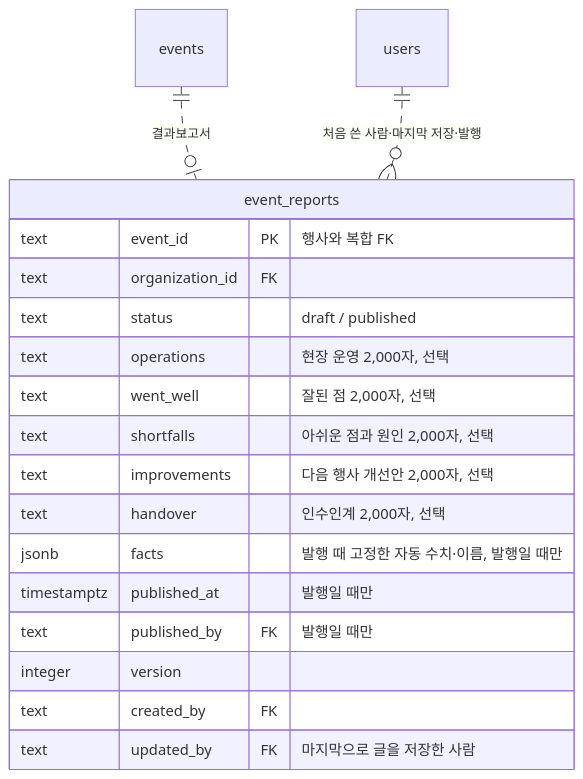
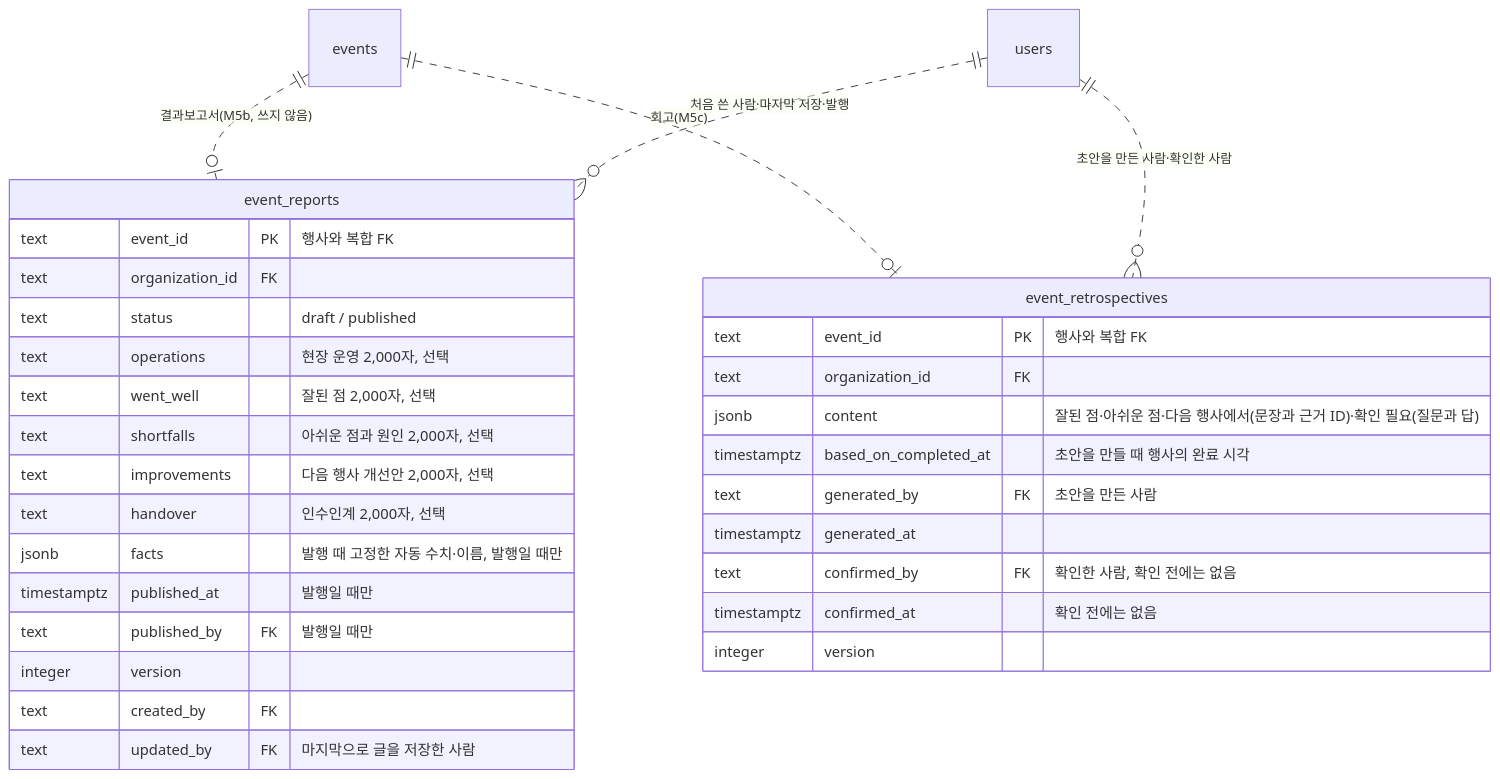
One commit to vada-hq/vada changed the tenth of 11 diagrams in docs/ERD.md. Above: the diagram before and after it, drawn with Mermaid. The commit also changed other lines of this file and 8 other files, not shown here.

````diff
--- a/docs/ERD.md
+++ b/docs/ERD.md
@@ -581,22 +581,36 @@
 ```mermaid
 erDiagram
-    events ||..o| eventReports : "결과보고서"
+    events ||..o| eventReports : "결과보고서(M5b, 쓰지 않음)"
+    events ||..o| eventRetrospectives : "회고(M5c)"
     users ||..o{ eventReports : "처음 쓴 사람·마지막 저장·발행"
+    users ||..o{ eventRetrospectives : "초안을 만든 사람·확인한 사람"
 
     eventReports["event_reports"] {
         text event_id PK "행사와 복합 FK"
         text organization_id FK
         text status "draft / published"
         text operations "현장 운영 2,000자, 선택"
         text went_well "잘된 점 2,000자, 선택"
         text shortfalls "아쉬운 점과 원인 2,000자, 선택"
         text improvements "다음 행사 개선안 2,000자, 선택"
         text handover "인수인계 2,000자, 선택"
         jsonb facts "발행 때 고정한 자동 수치·이름, 발행일 때만"
         timestamptz published_at "발행일 때만"
         text published_by FK "발행일 때만"
         integer version
         text created_by FK
         text updated_by FK "마지막으로 글을 저장한 사람"
     }
+
+    eventRetrospectives["event_retrospectives"] {
+        text event_id PK "행사와 복합 FK"
+        text organization_id FK
+        jsonb content "잘된 점·아쉬운 점·다음 행사에서(문장과 근거 ID)·확인 필요(질문과 답)"
+        timestamptz based_on_completed_at "초안을 만들 때 행사의 완료 시각"
+        text generated_by FK "초안을 만든 사람"
+        timestamptz generated_at
+        text confirmed_by FK "확인한 사람, 확인 전에는 없음"
+        timestamptz confirmed_at "확인 전에는 없음"
+        integer version
+    }
 ```
````
